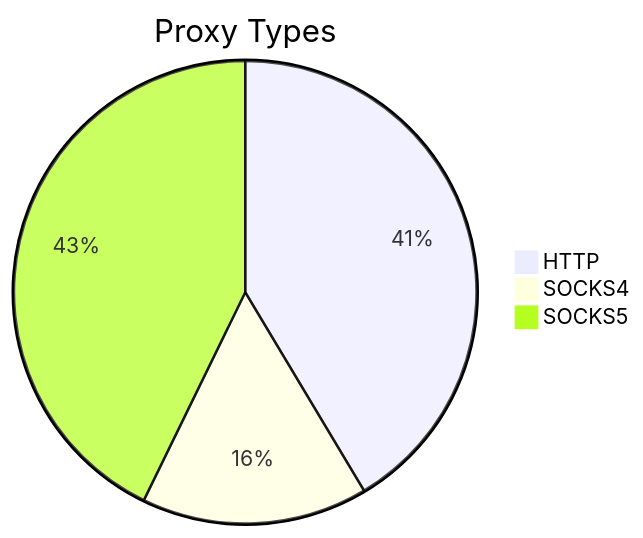
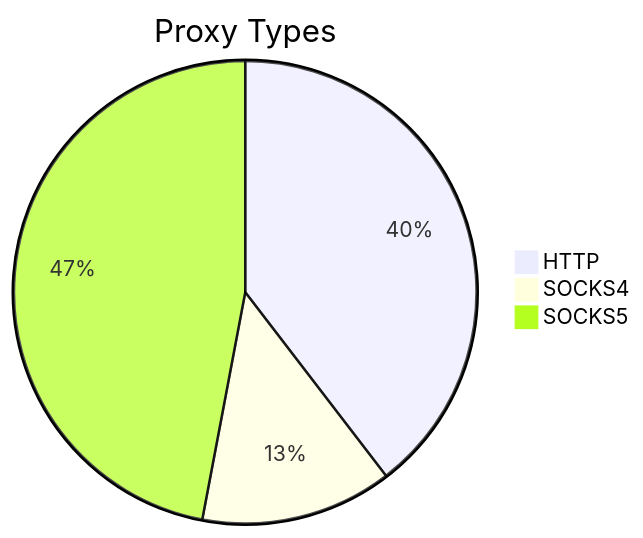
Before and after one commit to stormsia/proxy-list: the first of 2 diagrams in README.md, drawn with Mermaid. The commit also changed other lines of this file, not shown here.

````diff
--- a/README.md
+++ b/README.md
@@ -21,6 +21,6 @@
 ```mermaid
 pie title Proxy Types
-    "HTTP" : 152
-    "SOCKS4" : 58
-    "SOCKS5" : 157
+    "HTTP" : 133
+    "SOCKS4" : 45
+    "SOCKS5" : 158
 ```
````
